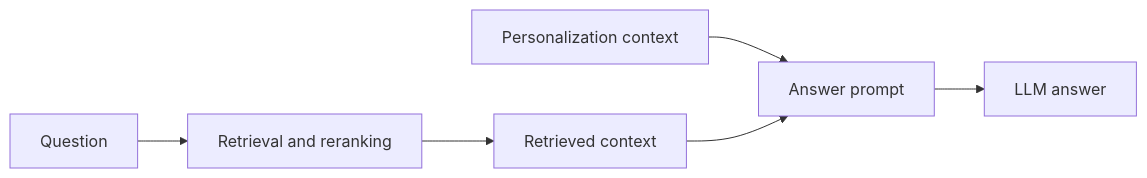
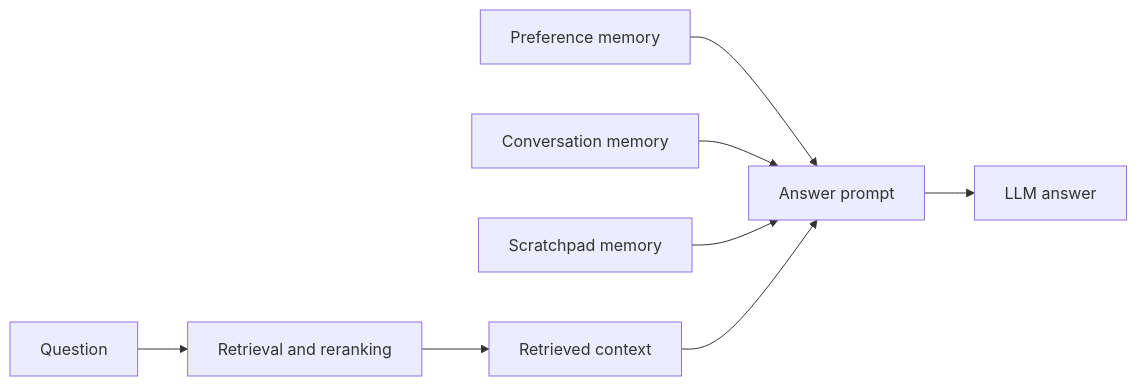
The third of 3 diagrams in documentation/ml-design.md (Piyushmittal2192/rag_frameworks), drawn with Mermaid before and after one commit. The commit also changed other lines of this file and 11 other files, not shown here.

Commit message:
Add conversation and scratchpad memory

````diff
--- a/documentation/ml-design.md
+++ b/documentation/ml-design.md
@@ -90,8 +90,10 @@
 ```mermaid
 flowchart LR
     Q["Question"] --> R["Retrieval and reranking"]
     R --> C["Retrieved context"]
-    P["Personalization context"] --> A["Answer prompt"]
+    P["Preference memory"] --> A["Answer prompt"]
+    CM["Conversation memory"] --> A
+    SP["Scratchpad memory"] --> A
     C --> A
     A --> L["LLM answer"]
 ```
````
